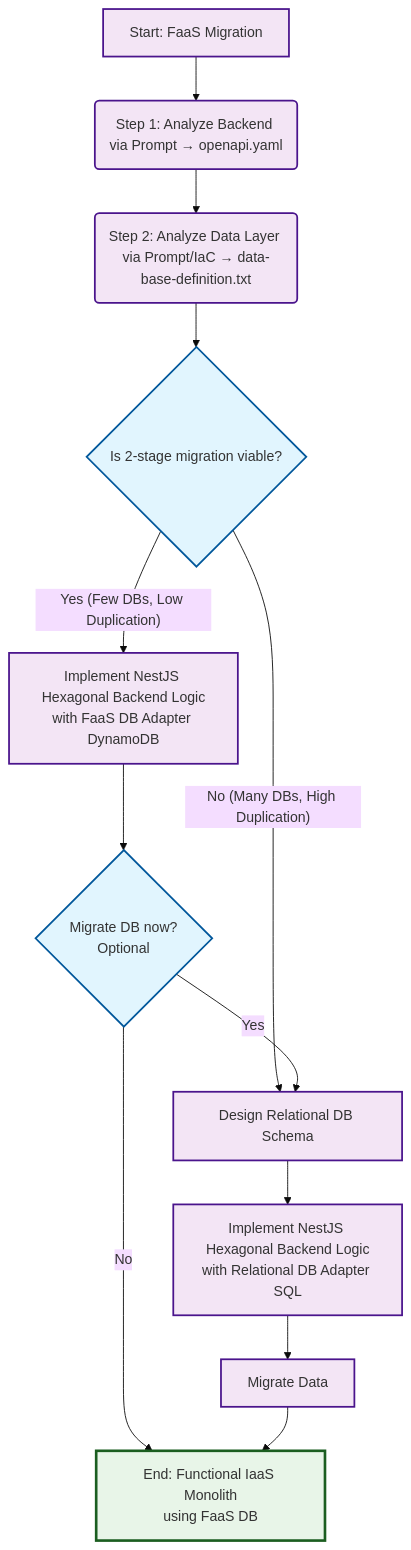
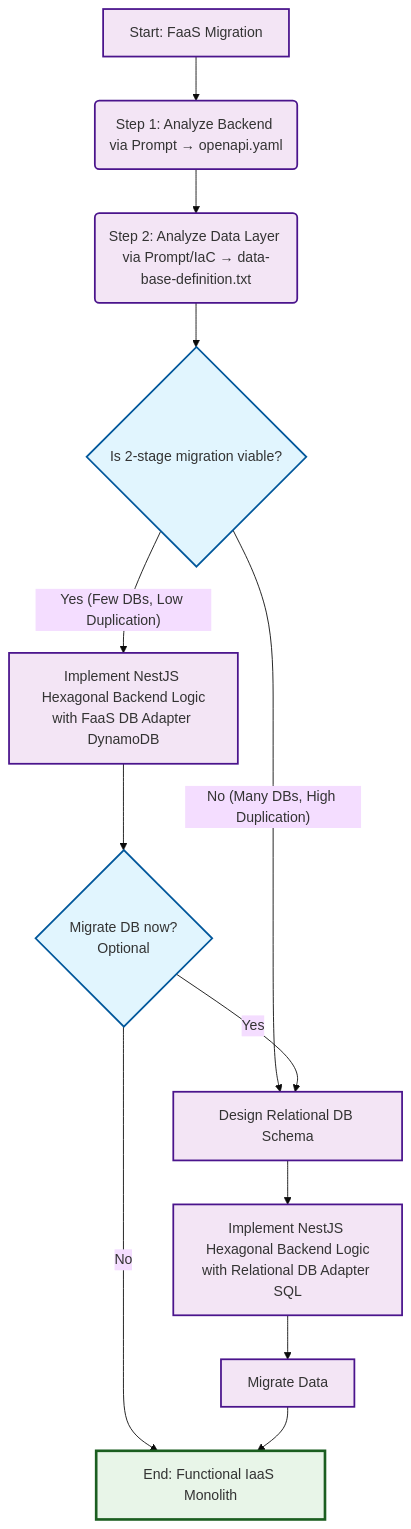
The diagram in docs/framework-flow-en.md (vifor/faas-to-iaas-migration-framework), drawn with Mermaid (base theme) before and after one commit. The commit also changed 1 other file, not shown here.

Commit message:
docs: Fix inconsistent final state in framework flow diagram
- Update final state from 'Functional IaaS Monolith using FaaS DB' to 'Functional IaaS Monolith'
- Remove database type specification from final state for consistency across all migration paths
- Ensure final state accurately represents outcome regardless of database migration choice
- Apply fix to both English and Spanish versions of framework documentation

````diff
--- a/docs/framework-flow-en.md
+++ b/docs/framework-flow-en.md
@@ -7,29 +7,29 @@
 ```mermaid
 flowchart TD
     A[Start: FaaS Migration] --> B(Step 1: Analyze Backend via Prompt → openapi.yaml)
     B --> C(Step 2: Analyze Data Layer via Prompt/IaC → data-base-definition.txt)
     C --> D{Is 2-stage migration viable?}
 
     %% Unified Path - Defines DB steps
     D -->|"No (Many DBs, High Duplication)"| L[Design Relational DB Schema]
     L --> M[Implement NestJS Hexagonal Backend Logic<br>with Relational DB Adapter SQL]
     M --> N[Migrate Data]
 
     %% 2-Stage Path - Reuses DB steps
     D -->|"Yes (Few DBs, Low Duplication)"| E[Implement NestJS Hexagonal Backend Logic<br>with FaaS DB Adapter DynamoDB]
     E --> G{Migrate DB now?<br>Optional}
-    G -->|No| H[End: Functional IaaS Monolith<br>using FaaS DB]
+    G -->|No| H[End: Functional IaaS Monolith]
     G -->|Yes| L
 
     %% Finalization - All paths converge here
     N --> H
 
     %% Styles
     classDef decisionNode fill:#e1f5fe,stroke:#01579b,stroke-width:2px
     classDef processNode fill:#f3e5f5,stroke:#4a148c,stroke-width:2px
     classDef endNode fill:#e8f5e8,stroke:#1b5e20,stroke-width:3px
     
     class D,G decisionNode
     class A,B,C,E,L,M,N processNode
     class H endNode
 ```
````
